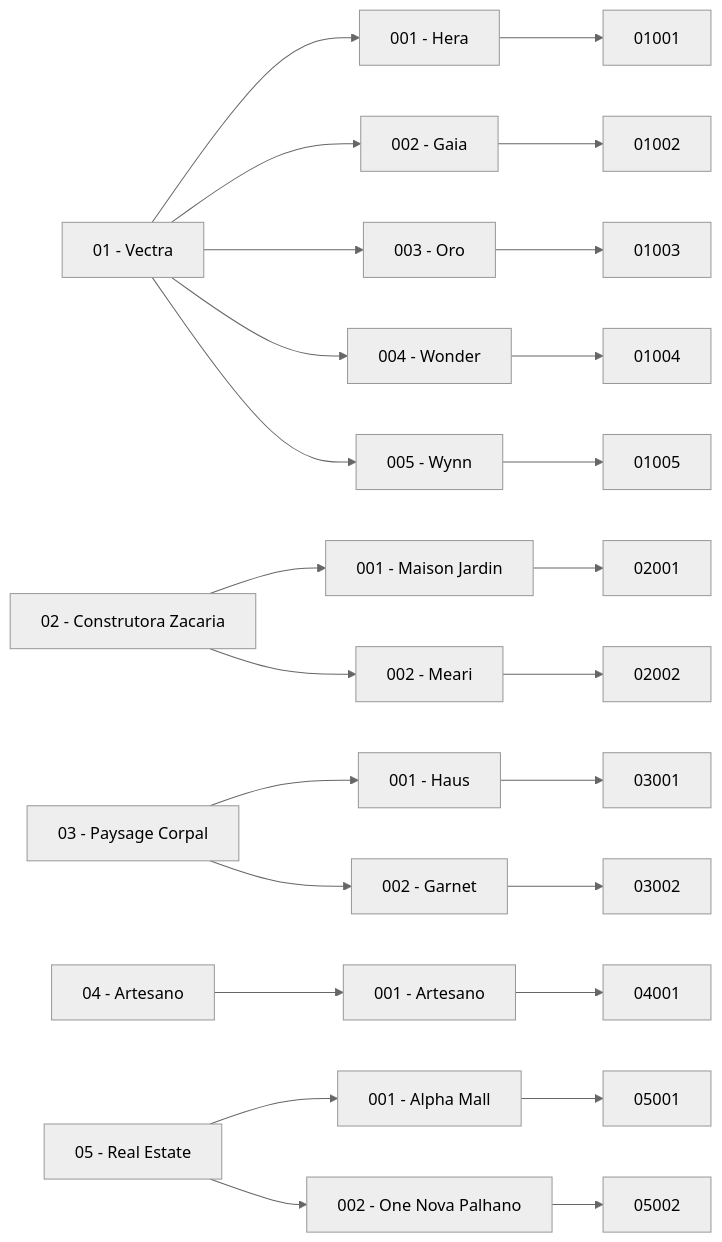
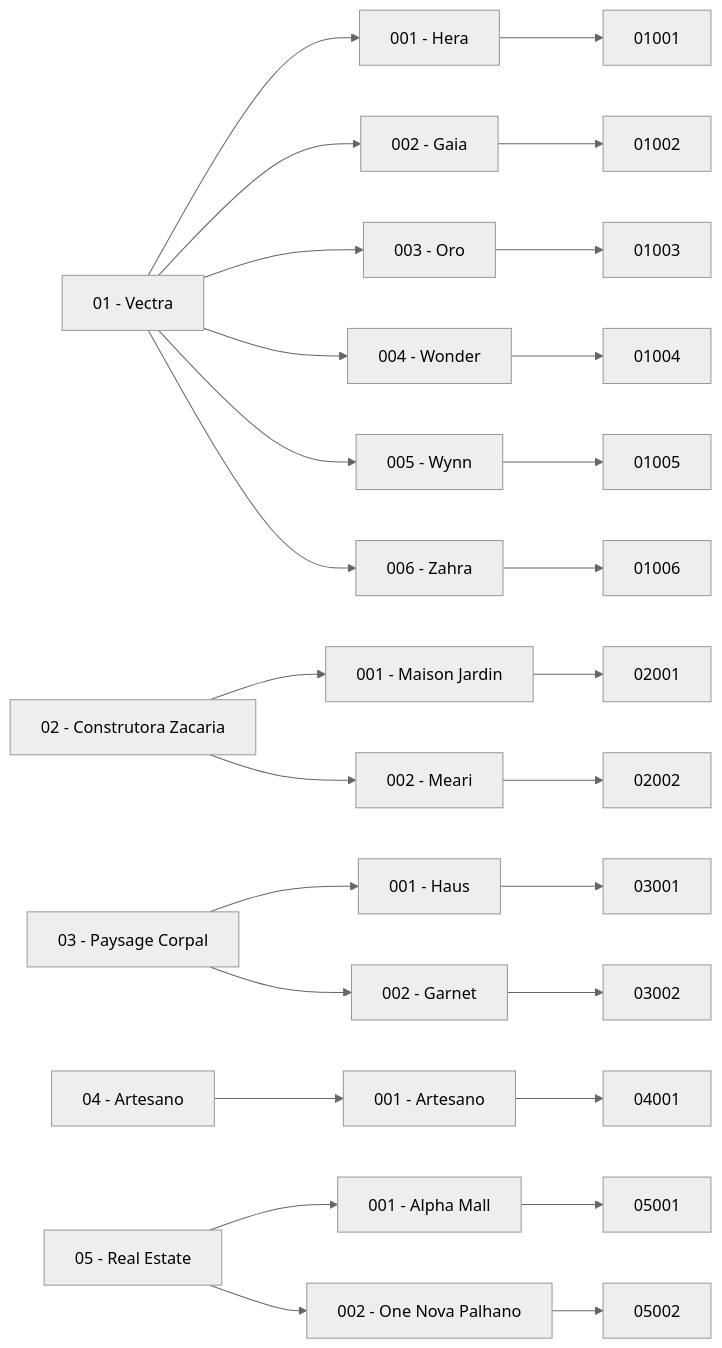
One commit to leadzsoftware/cmsouza changed the third of 3 diagrams in readme.md. Above: the diagram before and after it, drawn with Mermaid (neutral theme).

Commit message:
zahra update

````diff
--- a/readme.md
+++ b/readme.md
@@ -267,20 +267,21 @@
 ```mermaid
 flowchart LR
-    A["01 - Vectra"] --> A1["001 - Hera"] & A2["002 - Gaia"] & A3["003 - Oro"] & A4["004 - Wonder"] & A5["005 - Wynn"]
+    A["01 - Vectra"] --> A1["001 - Hera"] & A2["002 - Gaia"] & A3["003 - Oro"] & A4["004 - Wonder"] & A5["005 - Wynn"] & A6["006 - Zahra"]
     B["02 - Construtora Zacaria"] --> B1["001 - Maison Jardin"] & B2["002 - Meari"]
     C["03 - Paysage Corpal"] --> C1["001 - Haus"] & C2["002 - Garnet"]
     D["04 - Artesano"] --> D1["001 - Artesano"]
     E["05 - Real Estate"] --> E1["001 - Alpha Mall"] & E2["002 - One Nova Palhano"]
     A1 --> nv["01001"]
     A2 --> n0["01002"]
     A3 --> nt["01003"]
     A4 --> nf["01004"]
     A5 --> nh["01005"]
+    A6 --> ni["01006"]
     B1 --> nn["02001"]
     B2 --> nl["02002"]
     C1 --> nk["03001"]
     C2 --> n9["03002"]
     D1 --> nq["04001"]
     E1 --> nr["05001"]
     E2 --> ns["05002"]
 ```
````
